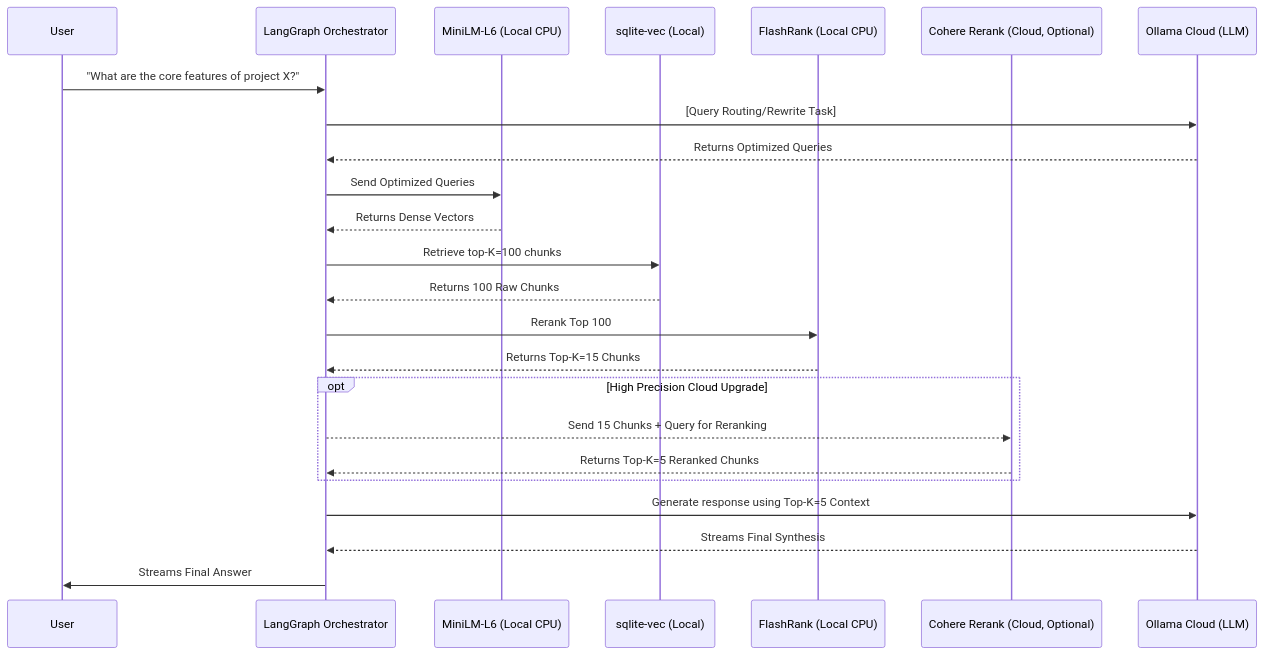
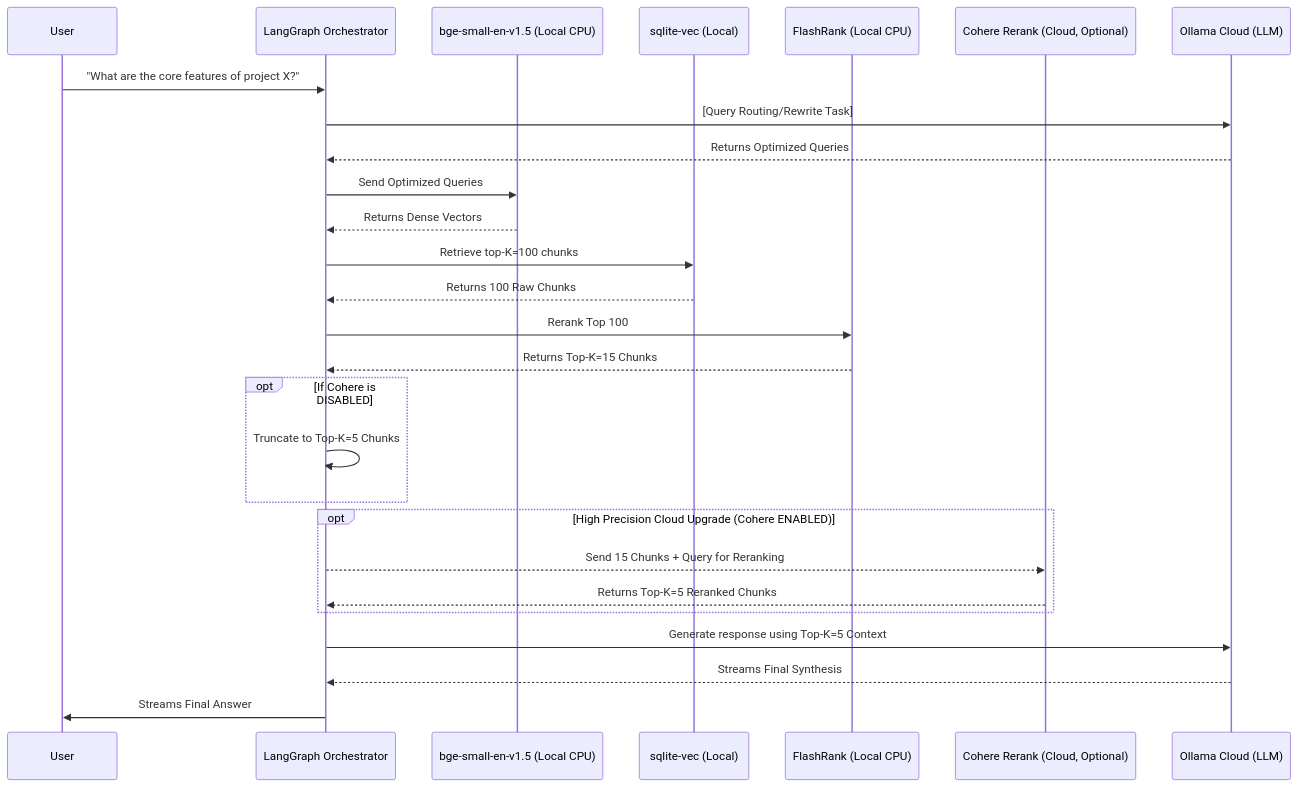
Before and after one commit to dpsdagain/RAG: the second of 7 diagrams in rag_final_architecture_2026.md, drawn with Mermaid. The commit also changed other lines of this file and 5 other files, not shown here.

Commit message:
docs: update architecture to bge-small-en-v1.5 and refine reranker flow

````diff
--- a/rag_final_architecture_2026.md
+++ b/rag_final_architecture_2026.md
@@ -55,32 +55,36 @@
 ```mermaid
 sequenceDiagram
     participant User
     participant LangGraph as LangGraph Orchestrator
-    participant Embed as MiniLM-L6 (Local CPU)
+    participant Embed as bge-small-en-v1.5 (Local CPU)
     participant VecDB as sqlite-vec (Local)
     participant FlashRank as FlashRank (Local CPU)
     participant Cohere as Cohere Rerank (Cloud, Optional)
     participant Ollama as Ollama Cloud (LLM)
 
     User->>LangGraph: "What are the core features of project X?"
     LangGraph->>Ollama: [Query Routing/Rewrite Task]
     Ollama-->>LangGraph: Returns Optimized Queries
     
     LangGraph->>Embed: Send Optimized Queries
     Embed-->>LangGraph: Returns Dense Vectors
     
     LangGraph->>VecDB: Retrieve top-K=100 chunks
     VecDB-->>LangGraph: Returns 100 Raw Chunks
     
     LangGraph->>FlashRank: Rerank Top 100
     FlashRank-->>LangGraph: Returns Top-K=15 Chunks
     
-    opt High Precision Cloud Upgrade
+    opt If Cohere is DISABLED
+        LangGraph->>LangGraph: Truncate to Top-K=5 Chunks
+    end
+    
+    opt High Precision Cloud Upgrade (Cohere ENABLED)
         LangGraph-->>Cohere: Send 15 Chunks + Query for Reranking
         Cohere-->>LangGraph: Returns Top-K=5 Reranked Chunks
     end
     
     LangGraph->>Ollama: Generate response using Top-K=5 Context
     Ollama-->>LangGraph: Streams Final Synthesis
     LangGraph->>User: Streams Final Answer
 ```
````
